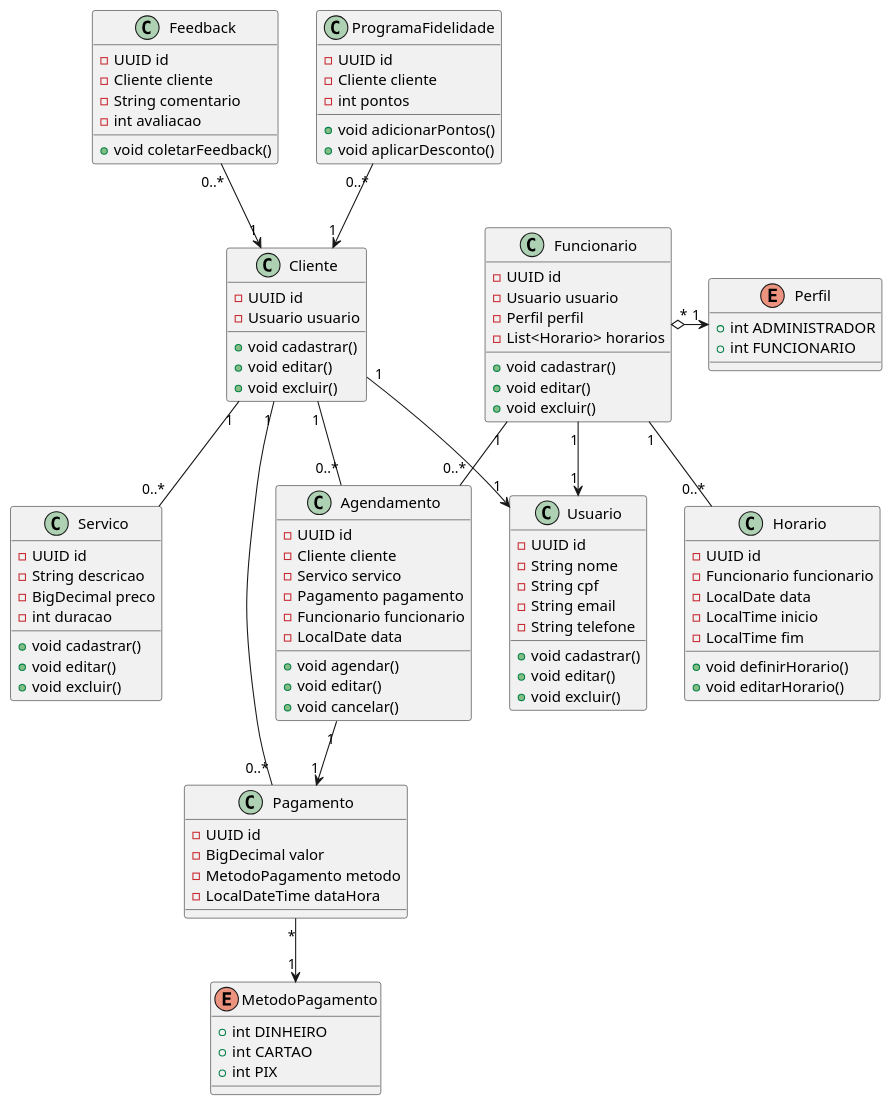
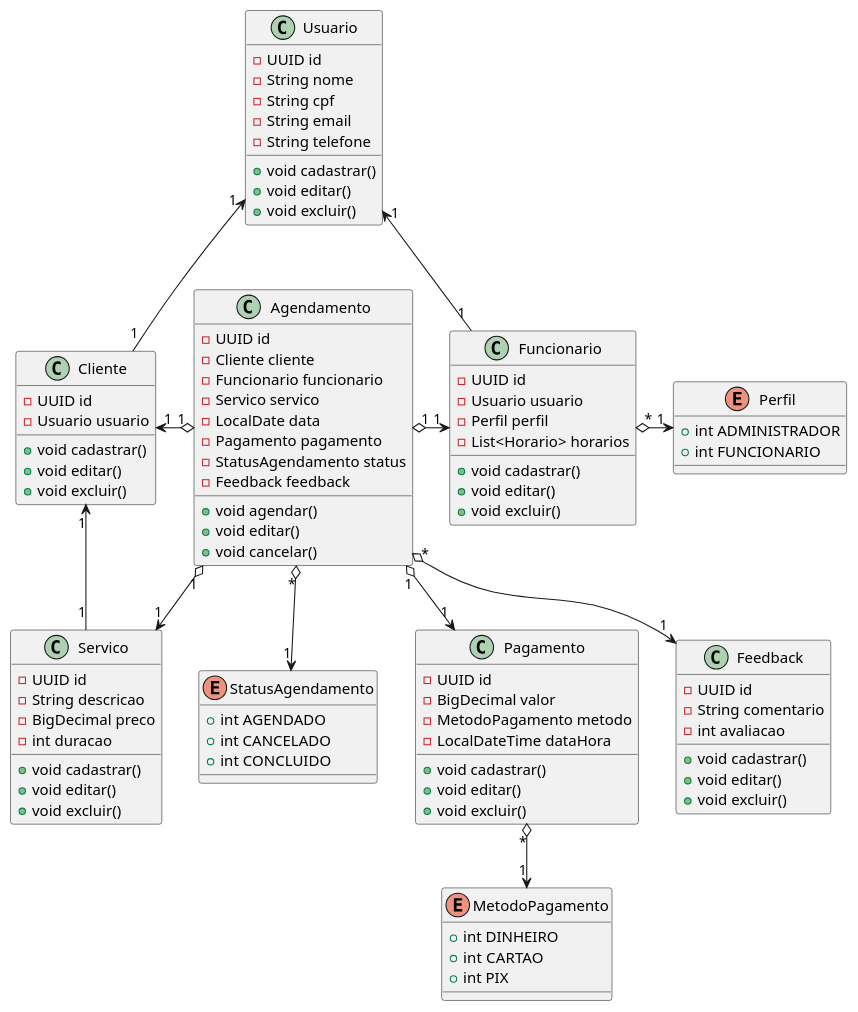
One commit to luan-coelho/barber-manager changed the diagram in class-diagram.plantuml. Above: the diagram before and after it, drawn with PlantUML.

Commit message:
feat: Atualização no diagrama.

```diff
--- a/class-diagram.plantuml
+++ b/class-diagram.plantuml
@@ -1,116 +1,108 @@
 @startuml
 
 class Usuario {
     - UUID id
     - String nome
     - String cpf
     - String email
     - String telefone
     + void cadastrar()
     + void editar()
     + void excluir()
 }
 
 class Cliente {
     - UUID id
     - Usuario usuario
     + void cadastrar()
     + void editar()
     + void excluir()
 }
 
 class Servico {
     - UUID id
     - String descricao
     - BigDecimal preco
     - int duracao
     + void cadastrar()
     + void editar()
     + void excluir()
 }
 
 class Agendamento {
     - UUID id
     - Cliente cliente
+    - Funcionario funcionario
     - Servico servico
+    - LocalDate data
     - Pagamento pagamento
-    - Funcionario funcionario
-    - LocalDate data
+    - StatusAgendamento status
+    - Feedback feedback
     + void agendar()
     + void editar()
     + void cancelar()
+}
+
+enum StatusAgendamento {
+    + int AGENDADO
+    + int CANCELADO
+    + int CONCLUIDO
 }
 
 class Funcionario {
     - UUID id
     - Usuario usuario
     - Perfil perfil
     - List<Horario> horarios
     + void cadastrar()
     + void editar()
     + void excluir()
 }
 
 enum Perfil {
     + int ADMINISTRADOR
     + int FUNCIONARIO
 }
 
-class Horario {
-    - UUID id
-    - Funcionario funcionario
-    - LocalDate data
-    - LocalTime inicio
-    - LocalTime fim
-    + void definirHorario()
-    + void editarHorario()
-}
-
 class Pagamento {
     - UUID id
     - BigDecimal valor
     - MetodoPagamento metodo
     - LocalDateTime dataHora
+    + void cadastrar()
+    + void editar()
+    + void excluir()
 }
 
 enum MetodoPagamento {
     + int DINHEIRO
     + int CARTAO
     + int PIX
 }
 
 class Feedback {
     - UUID id
-    - Cliente cliente
     - String comentario
     - int avaliacao
-    + void coletarFeedback()
+    + void cadastrar()
+    + void editar()
+    + void excluir()
 }
 
-class ProgramaFidelidade {
-    - UUID id
-    - Cliente cliente
-    - int pontos
-    + void adicionarPontos()
-    + void aplicarDesconto()
-}
+Cliente "1" -up-> "1" Usuario
 
-Cliente "1" -- "0..*" Servico
-Cliente "1" -- "0..*" Agendamento
-Cliente "1" -- "0..*" Pagamento
-Cliente "1" --> "1" Usuario
-
-Funcionario "1" -- "0..*" Agendamento
-Funcionario "1" -- "0..*" Horario
-Funcionario "1" --> "1" Usuario
+Funcionario "1" -up-> "1" Usuario
 Funcionario "*" o-> "1" Perfil
 
-Agendamento "1" --> "1" Pagamento
+Agendamento "1" o-left-> "1" Cliente
+Agendamento "1" o-> "1" Funcionario
+Agendamento "1" o-> "1" Servico
+Agendamento "1" o-down-> "1" Pagamento
+Agendamento "*" o-down-> "1" StatusAgendamento
+Agendamento "*" o-down-> "1" Feedback
 
-Pagamento "*" --> "1" MetodoPagamento
+Servico "1" --> "1" Cliente
 
-ProgramaFidelidade "0..*" --> "1" Cliente
-
-Feedback "0..*" --> "1" Cliente
+Pagamento "*" o-down-> "1" MetodoPagamento
 
 @enduml
```
